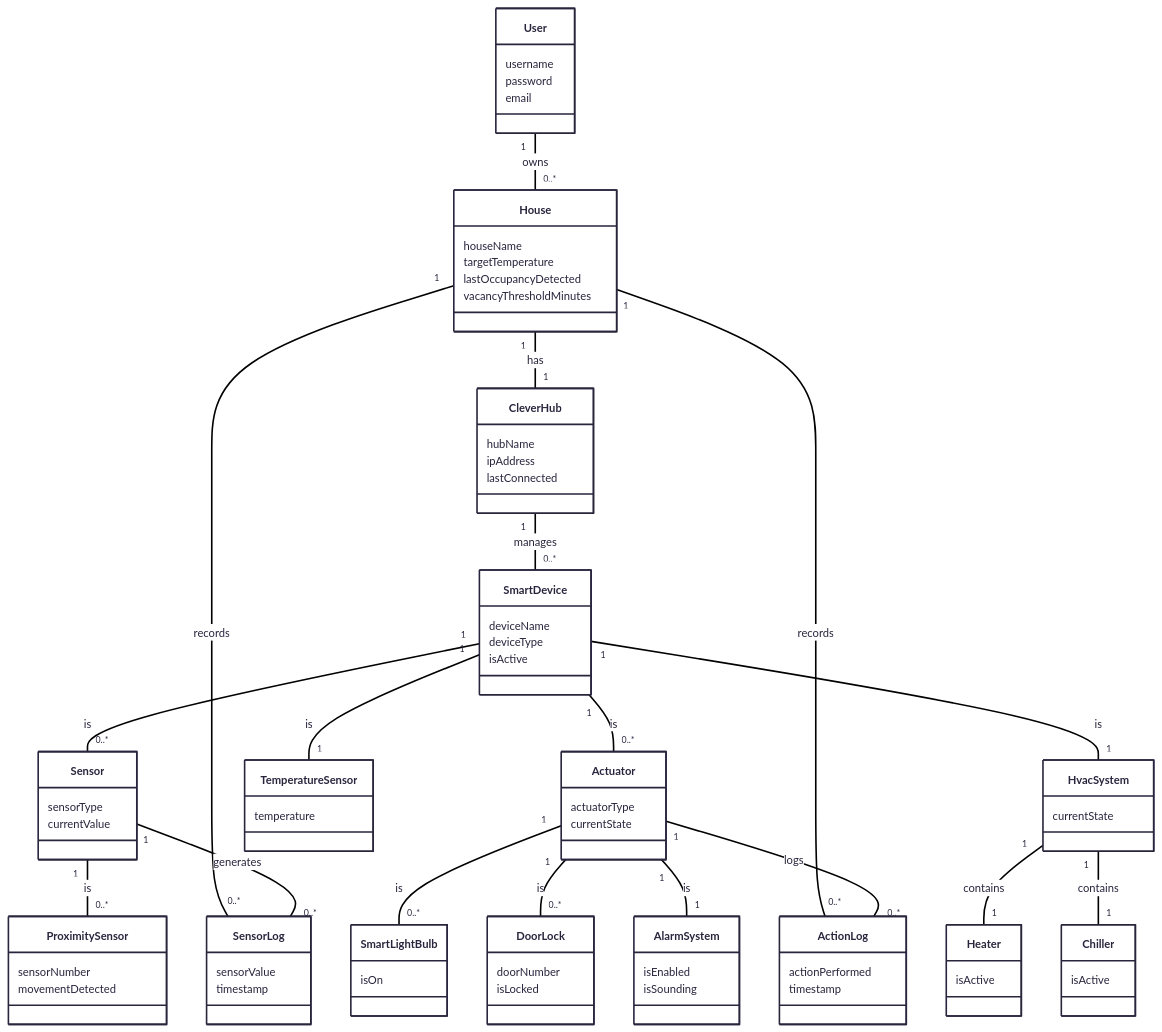
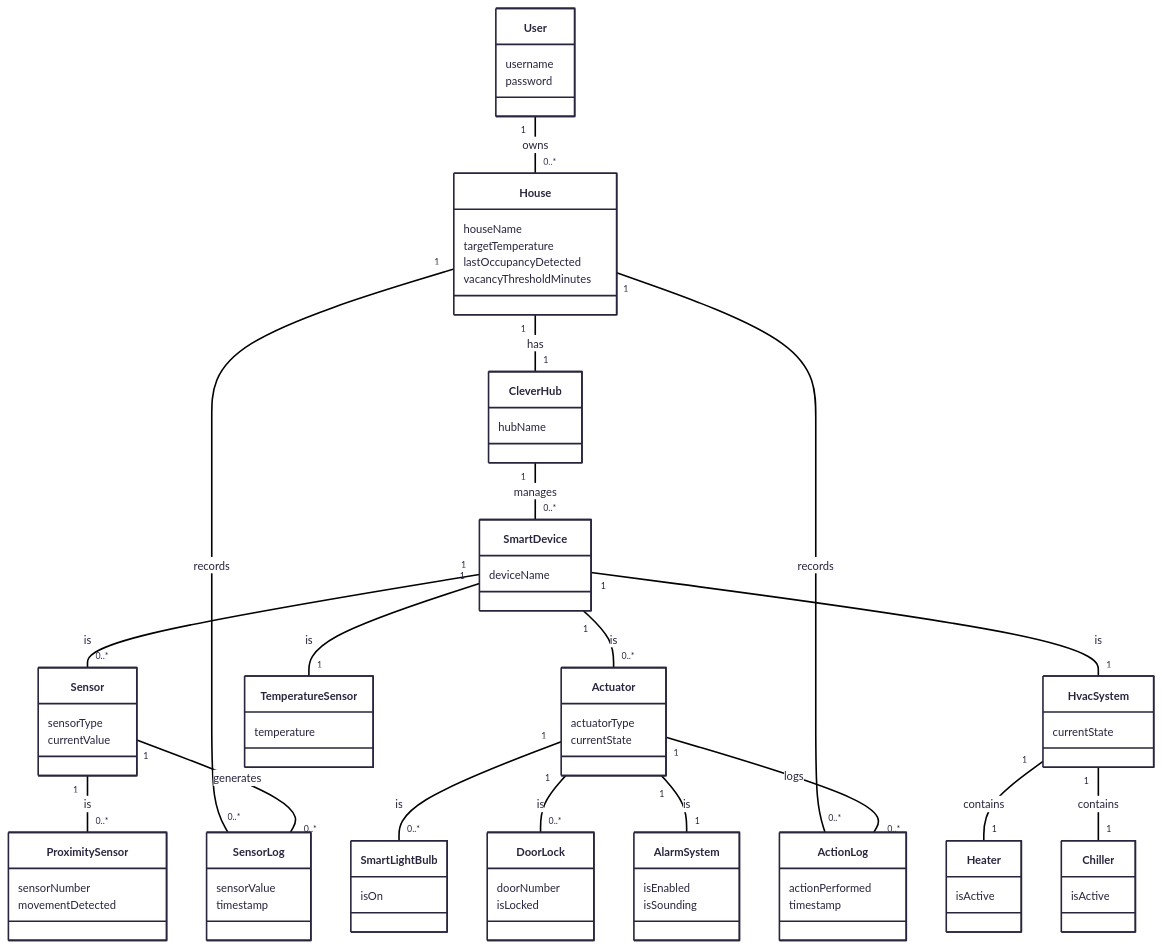
The diagram in DOMAIN_MODEL.md (Martin-Contreras-labs/Group-11-Eleven-Group), drawn with Mermaid before and after one commit. The commit also changed other lines of this file, not shown here.

```diff
--- a/DOMAIN_MODEL.md
+++ b/DOMAIN_MODEL.md
@@ -7,7 +79,6 @@
     class User {
         username
         password
-        email
     }
 
     class House {
@@ -19,14 +90,10 @@
 
     class CleverHub {
         hubName
-        ipAddress
-        lastConnected
     }
 
     class SmartDevice {
         deviceName
-        deviceType
-        isActive
     }
 
     class Sensor {
```
